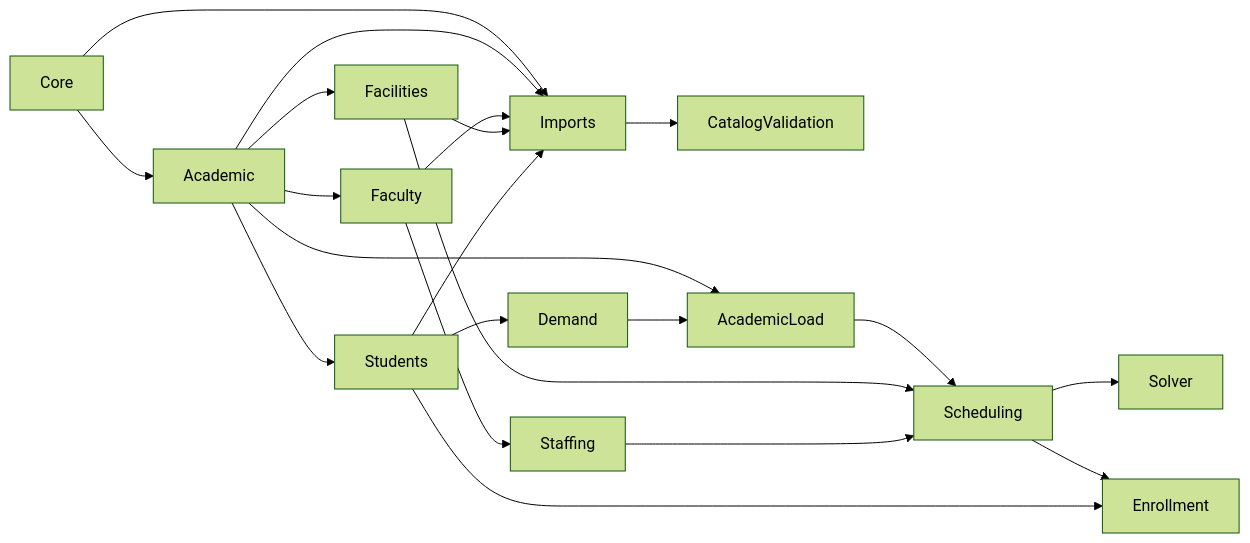
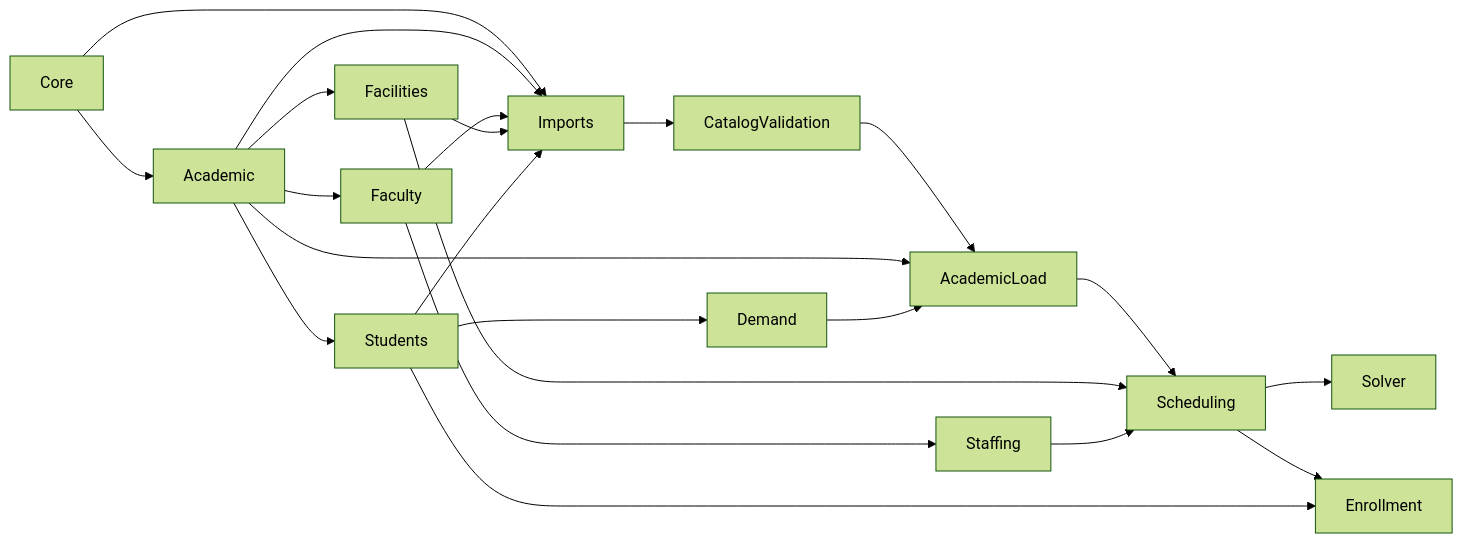
The first of 5 diagrams in docs/dominio/modelo-de-datos.md (Erne1357/nexus), drawn with Mermaid (forest theme) before and after one commit. The commit also changed 3 other files, not shown here.

First line of the commit message:
docs(decisions): put CatalogValidation left of AcademicLoad

````diff
--- a/docs/dominio/modelo-de-datos.md
+++ b/docs/dominio/modelo-de-datos.md
@@ -14,20 +14,21 @@
 ```mermaid
 flowchart LR
     Core --> Academic --> Facilities
     Academic --> Faculty
     Academic --> Students
     Core --> Imports
     Academic --> Imports
     Faculty --> Imports
     Facilities --> Imports
     Students --> Imports
     Imports --> CatalogValidation
+    CatalogValidation --> AcademicLoad
     Academic --> AcademicLoad
     Students --> Demand --> AcademicLoad
     AcademicLoad --> Scheduling
     Facilities --> Scheduling
     Faculty --> Staffing --> Scheduling
     Scheduling --> Solver
     Scheduling --> Enrollment
     Students --> Enrollment
 ```
````
